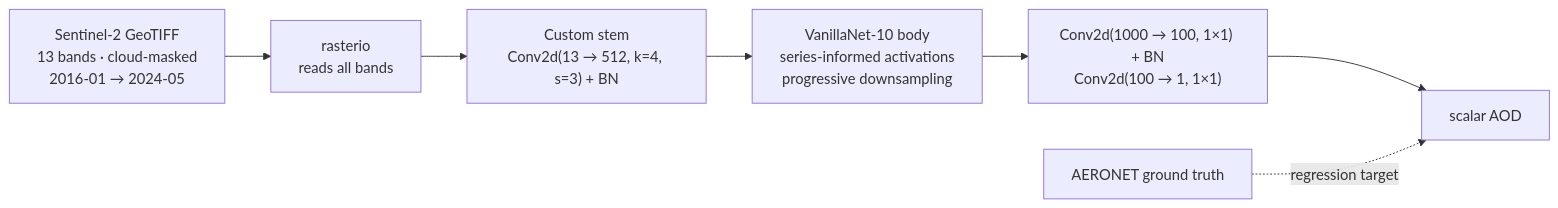
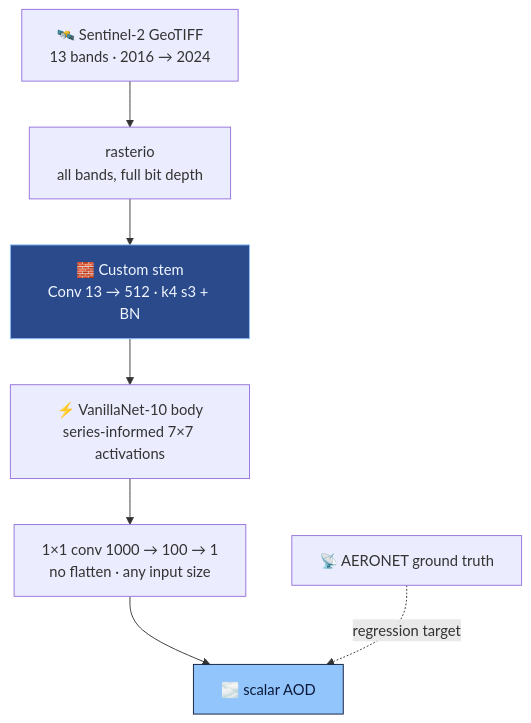
One commit to Vishal-AS-0407/portfolio changed the diagram in gh-readmes/Aerosol-Optical-Depth-Estimation/README.md. Above: the diagram before and after it, drawn with Mermaid. The commit also changed other lines of this file and 62 other files, not shown here.

````diff
--- a/gh-readmes/Aerosol-Optical-Depth-Estimation/README.md
+++ b/gh-readmes/Aerosol-Optical-Depth-Estimation/README.md
@@ -37,9 +30,11 @@
 ```mermaid
-flowchart LR
-    S2["Sentinel-2 GeoTIFF<br/>13 bands · cloud-masked<br/>2016-01 → 2024-05"] --> RIO["rasterio<br/>reads all bands"]
-    RIO --> STEM["Custom stem<br/>Conv2d(13 → 512, k=4, s=3) + BN"]
-    STEM --> VN["VanillaNet-10 body<br/>series-informed activations<br/>progressive downsampling"]
-    VN --> HEAD["Conv2d(1000 → 100, 1×1) + BN<br/>Conv2d(100 → 1, 1×1)"]
-    HEAD --> OUT["scalar AOD"]
-    GT["AERONET ground truth"] -.->|regression target| OUT
+flowchart TD
+    S2["🛰️ Sentinel-2 GeoTIFF<br/>13 bands · 2016 → 2024"] --> RIO["rasterio<br/>all bands, full bit depth"]
+    RIO --> STEM["🧱 Custom stem<br/>Conv 13 → 512 · k4 s3 + BN"]
+    STEM --> VN["⚡ VanillaNet-10 body<br/>series-informed 7×7 activations"]
+    VN --> HEAD["1×1 conv 1000 → 100 → 1<br/>no flatten · any input size"]
+    HEAD --> OUT["🌫️ scalar AOD"]
+    GT["📡 AERONET ground truth"] -.->|"regression target"| OUT
+    style STEM fill:#2B4A8C,stroke:#93C5FD,color:#EFF6FF
+    style OUT fill:#93C5FD,stroke:#0C1A3A,color:#0C1A3A
 ```
````
